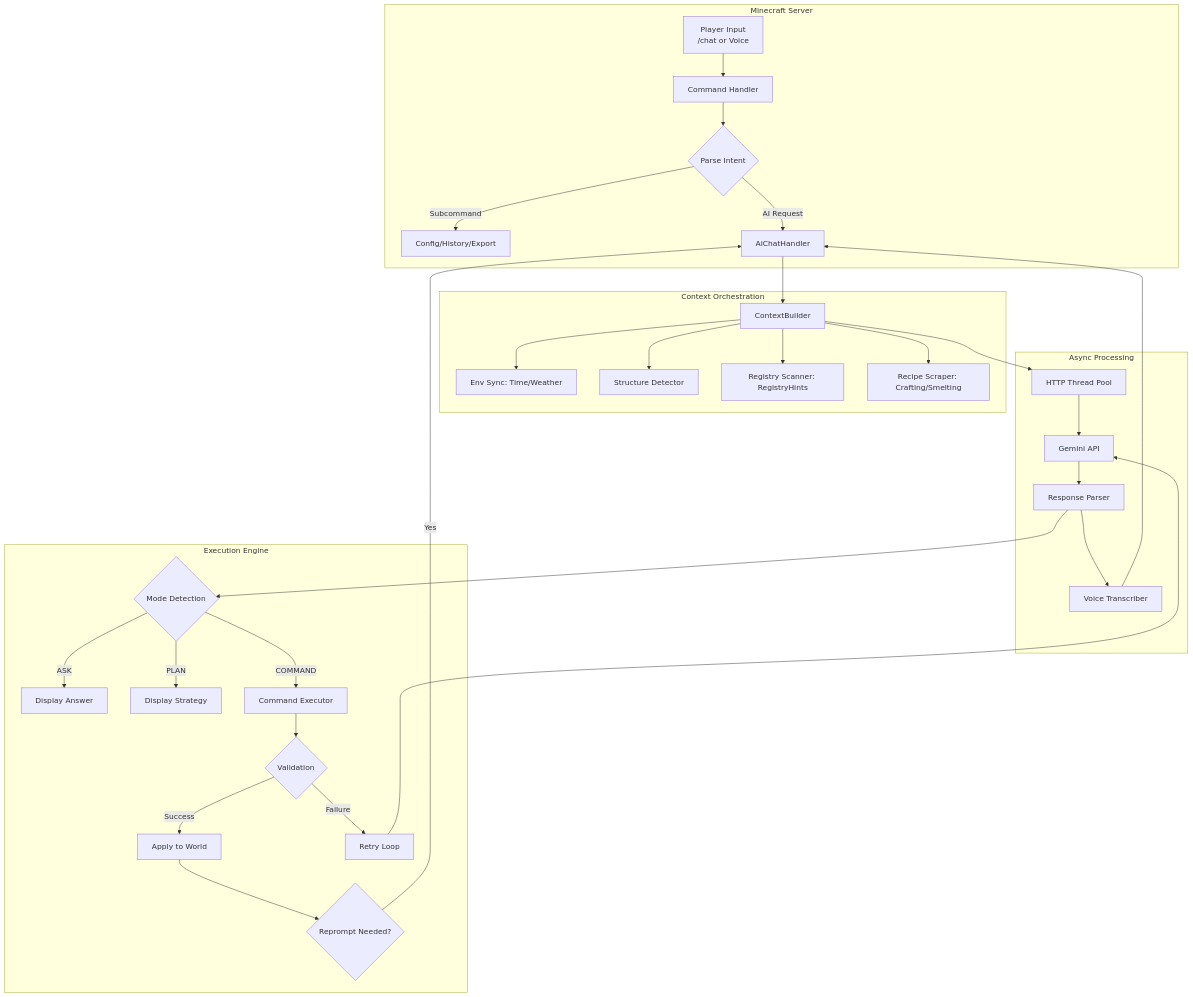
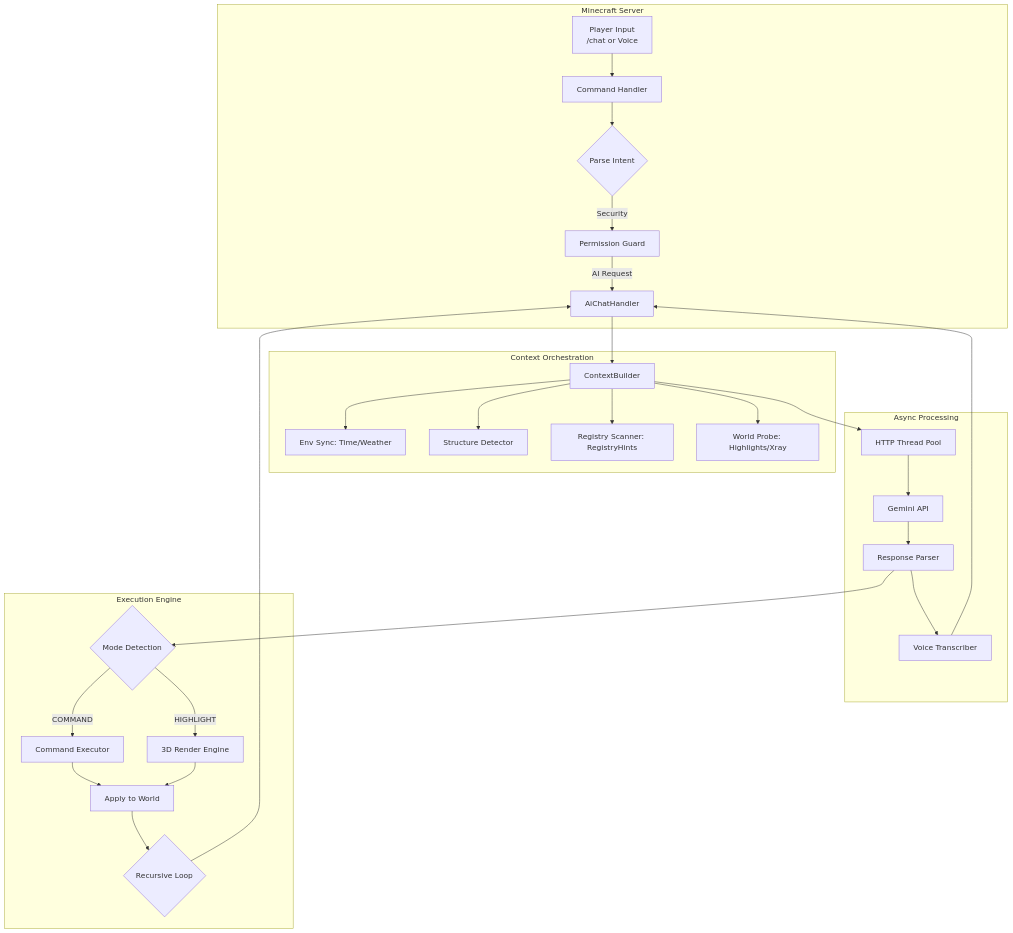
The diagram in README.md (GURU-124/gemini-minecraft), drawn with Mermaid before and after one commit. The commit also changed other lines of this file and 4 other files, not shown here.

Commit message:
v1.1.0: The Orchestration Update - 3D Highlights, Permission System, and Advanced Agentic Loops

````diff
--- a/README.md
+++ b/README.md
@@ -206,38 +195,35 @@
 ```mermaid
 graph TB
     subgraph Minecraft Server
         A[Player Input<br>/chat or Voice] --> B[Command Handler]
         B --> C{Parse Intent}
-        C -->|Subcommand| D[Config/History/Export]
-        C -->|AI Request| E[AiChatHandler]
+        C -->|Security| C1[Permission Guard]
+        C1 -->|AI Request| E[AiChatHandler]
     end
     
     subgraph Context Orchestration
         E --> F[ContextBuilder]
         F --> F1[Env Sync: Time/Weather]
         F --> F2[Structure Detector]
         F --> F3[Registry Scanner: RegistryHints]
-        F --> F4[Recipe Scraper: Crafting/Smelting]
+        F --> F4[World Probe: Highlights/Xray]
     end
     
     subgraph Async Processing
         F --> G[HTTP Thread Pool]
         G --> H[Gemini API]
         H --> I[Response Parser]
         I --> I1[Voice Transcriber]
         I1 --> E
     end
     
     subgraph Execution Engine
         I --> J{Mode Detection}
-        J -->|ASK| K[Display Answer]
-        J -->|PLAN| L[Display Strategy]
         J -->|COMMAND| M[Command Executor]
-        M --> n{Validation}
-        n -->|Success| O[Apply to World]
-        n -->|Failure| P[Retry Loop]
-        P --> H
-        O --> R1{Reprompt Needed?}
-        R1 -->|Yes| E
+        J -->|HIGHLIGHT| N[3D Render Engine]
+        M --> O[Apply to World]
+        N --> O
+        O --> R1{Recursive Loop}
+        R1 --> E
     end
 ```
````
